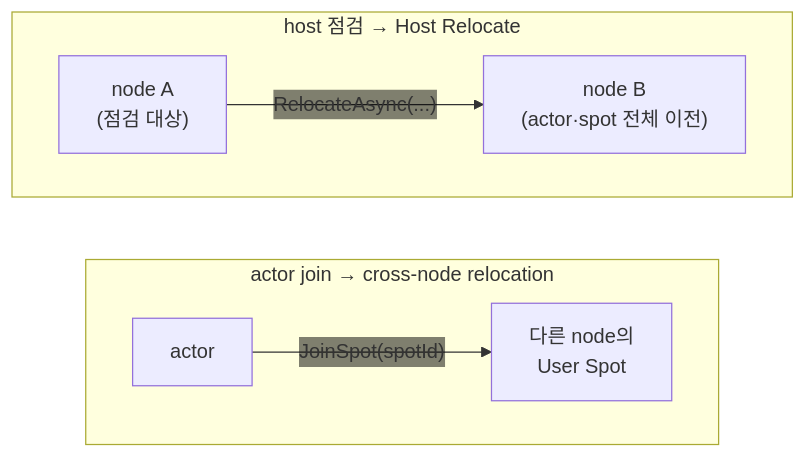
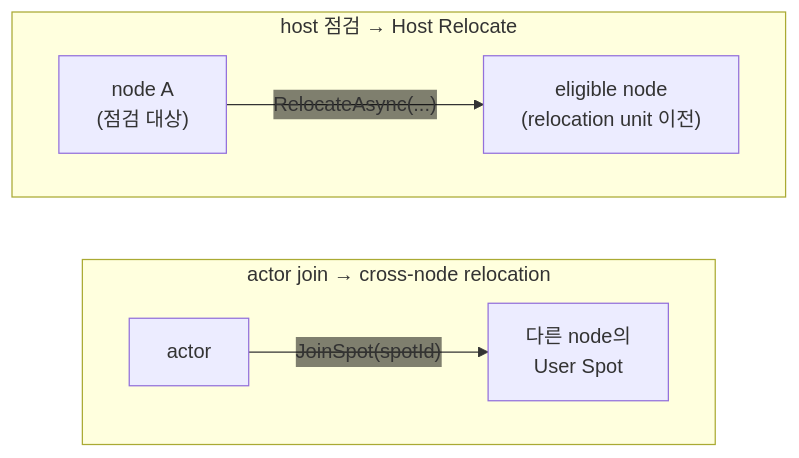
One commit to kairos-code-dev/zlink changed the sixth of 10 diagrams in framework/doc/framework/dotnet/guide/03-concepts.ko.md. Above: the diagram before and after it, drawn with Mermaid. The commit also changed other lines of this file, not shown here.

````diff
--- a/framework/doc/framework/dotnet/guide/03-concepts.ko.md
+++ b/framework/doc/framework/dotnet/guide/03-concepts.ko.md
@@ -138,12 +268,12 @@
 ```mermaid
 %%{init: {'themeVariables': {'edgeLabelBackground':'transparent'}}}%%
 graph LR
     subgraph J["actor join → cross-node relocation"]
         direction LR
         A1["actor"] -->|"JoinSpot(spotId)"| S1["다른 node의<br/>User Spot"]
     end
     subgraph H["host 점검 → Host Relocate"]
         direction LR
-        N1["node A<br/>(점검 대상)"] -->|"RelocateAsync(...)"| N2["node B<br/>(actor·spot 전체 이전)"]
+        N1["node A<br/>(점검 대상)"] -->|"RelocateAsync(...)"| N2["eligible node<br/>(relocation unit 이전)"]
     end
 ```
````
